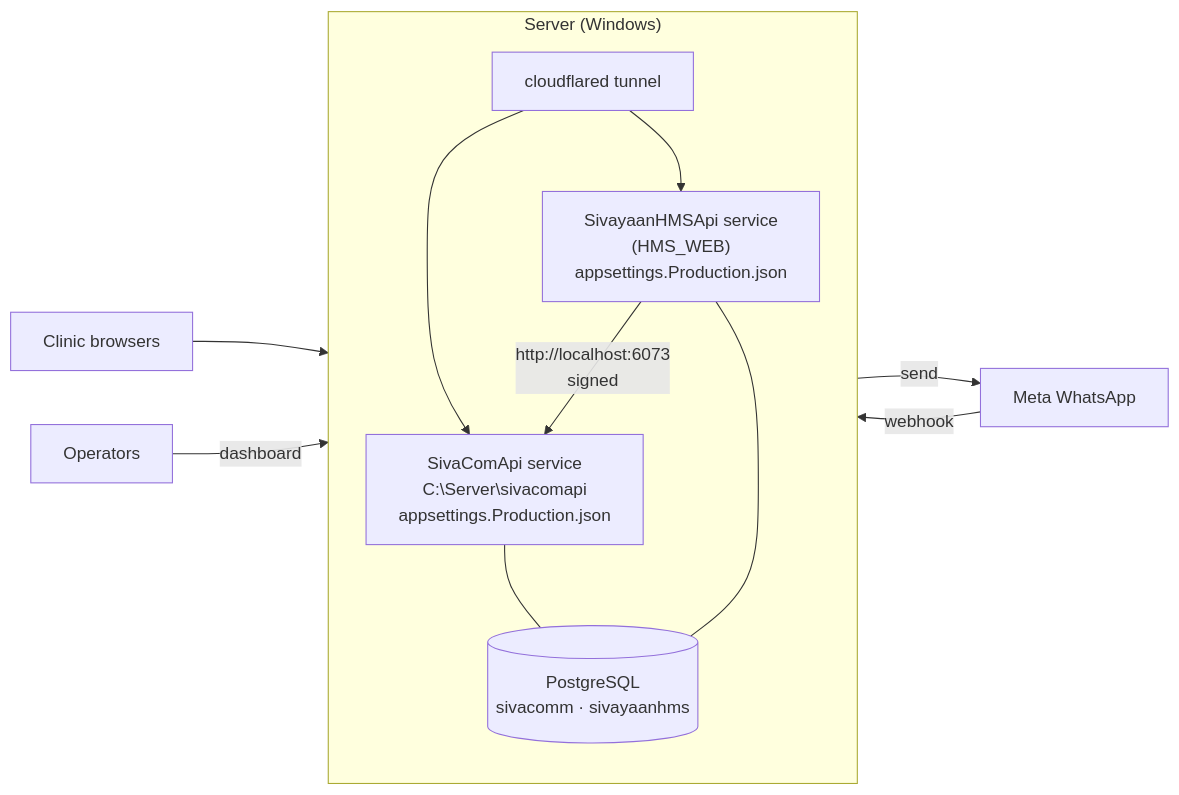
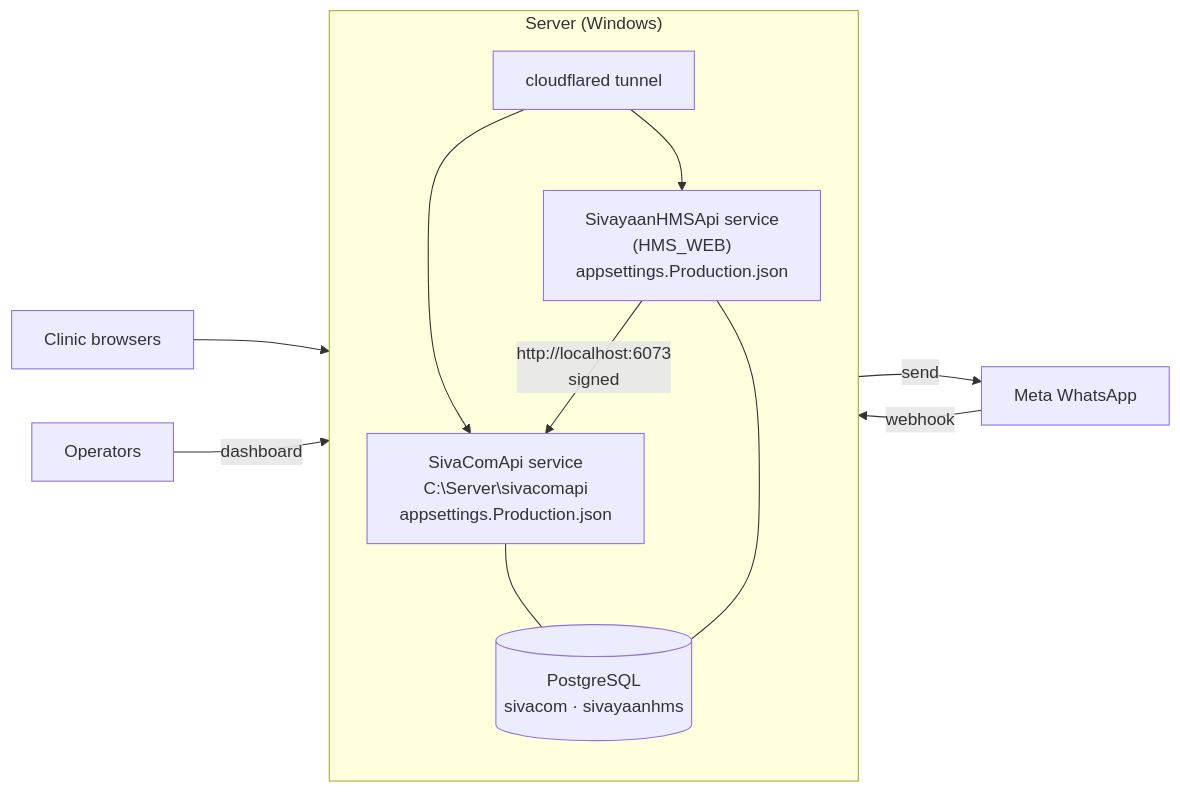
One commit to yugandharsimhadri/SivaComm changed the first of 2 diagrams in docs/DEPLOYMENT.md. Above: the diagram before and after it, drawn with Mermaid. The commit also changed other lines of this file and 127 other files, not shown here.

````diff
--- a/docs/DEPLOYMENT.md
+++ b/docs/DEPLOYMENT.md
@@ -38,19 +38,19 @@
 ```mermaid
 flowchart LR
     subgraph "Server (Windows)"
         direction TB
-        PG[(PostgreSQL<br/>sivacomm · sivayaanhms)]
+        PG[(PostgreSQL<br/>sivacom · sivayaanhms)]
         SC["SivaComApi service<br/>C:\Server\sivacomapi<br/>appsettings.Production.json"]
         HM["SivayaanHMSApi service<br/>(HMS_WEB)<br/>appsettings.Production.json"]
         CF[cloudflared tunnel]
         HM -- "http://localhost:6073<br/>signed" --> SC
         SC --- PG
         HM --- PG
         CF --> SC
         CF --> HM
     end
     Meta[Meta WhatsApp] -- webhook --> CF
     SC -- send --> Meta
     Users[Clinic browsers] --> CF
     Ops[Operators] -- dashboard --> CF
 ```
````
